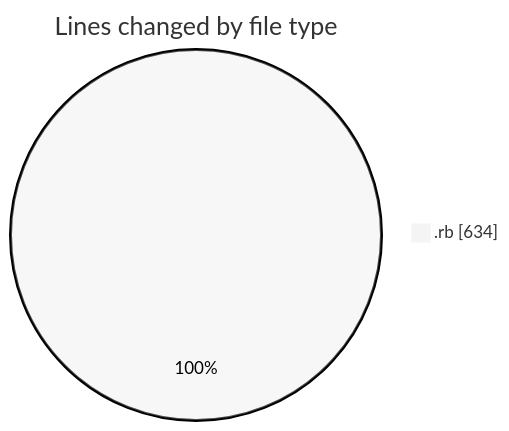
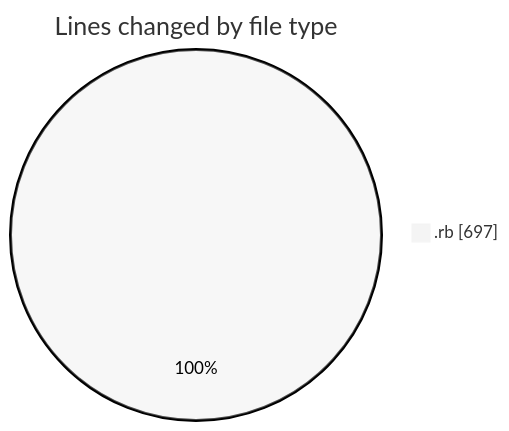
One commit to seballot/code-tracking changed the first of 2 diagrams in 2025-06-18/app__container_registration-app__calm-app__/README.md. Above: the diagram before and after it, drawn with Mermaid (neutral theme). The commit also changed other lines of this file and 1 other file, not shown here.

````diff
--- a/2025-06-18/app__container_registration-app__calm-app__/README.md
+++ b/2025-06-18/app__container_registration-app__calm-app__/README.md
@@ -20,5 +20,5 @@
 ```mermaid
 pie showData
 title Lines changed by file type
-".rb" : 634
+".rb" : 697
 ```
````
